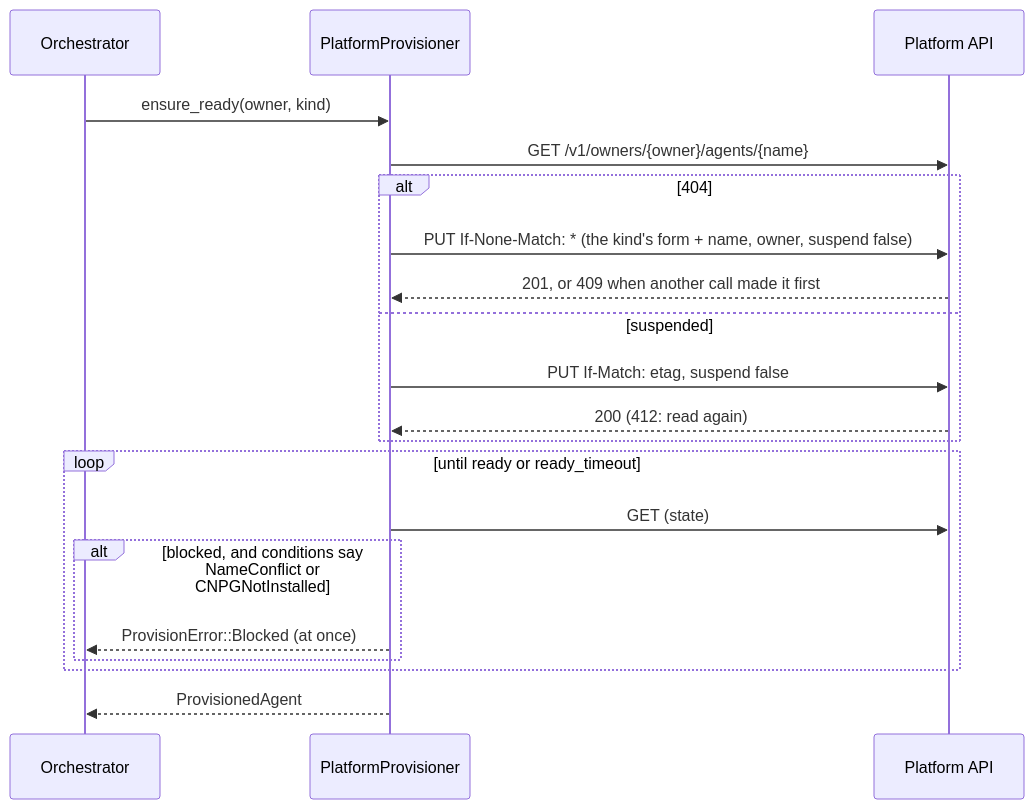
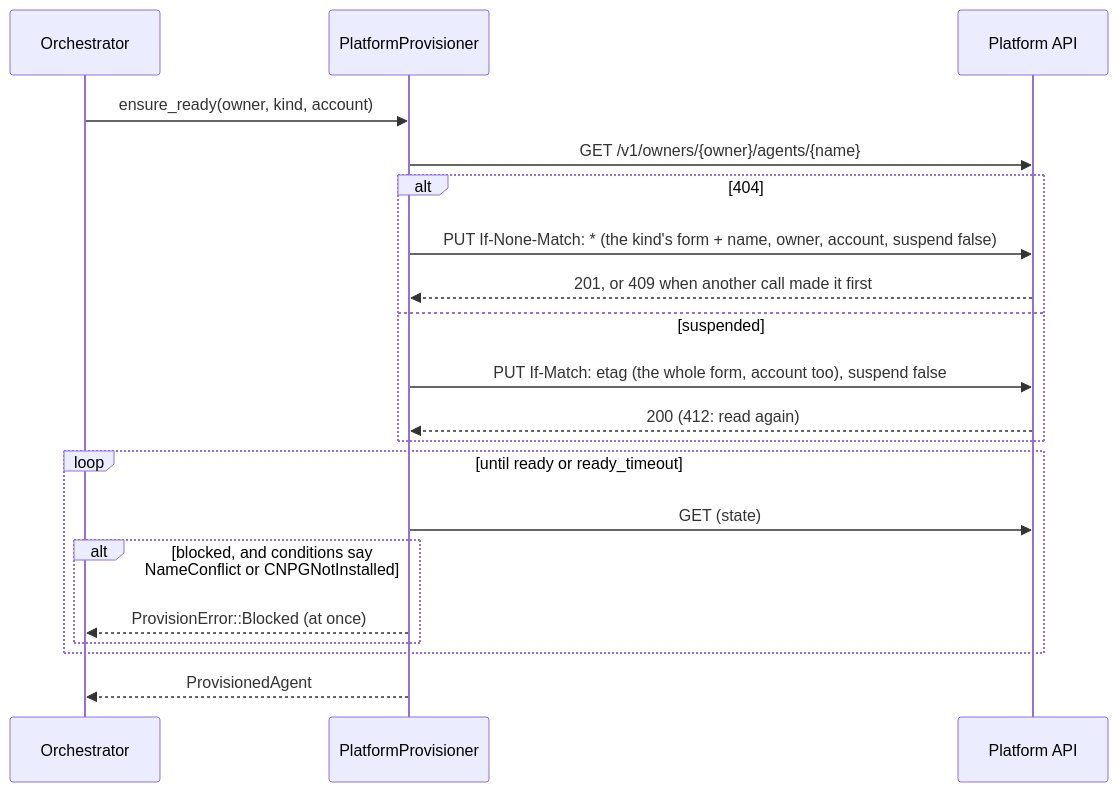
One commit to vymalo/another-agentic-system changed the first of 2 diagrams in orchestrator/crates/provisioner-platform/README.md. Above: the diagram before and after it, drawn with Mermaid. The commit also changed other lines of this file and 27 other files, not shown here.

First line of the commit message:
feat(provisioner)!: send the person's account in the agent form

````diff
--- a/orchestrator/crates/provisioner-platform/README.md
+++ b/orchestrator/crates/provisioner-platform/README.md
@@ -16,22 +16,22 @@
 ```mermaid
 sequenceDiagram
   participant O as Orchestrator
   participant P as PlatformProvisioner
   participant A as Platform API
-  O->>P: ensure_ready(owner, kind)
+  O->>P: ensure_ready(owner, kind, account)
   P->>A: GET /v1/owners/{owner}/agents/{name}
   alt 404
-    P->>A: PUT If-None-Match: * (the kind's form + name, owner, suspend false)
+    P->>A: PUT If-None-Match: * (the kind's form + name, owner, account, suspend false)
     A-->>P: 201, or 409 when another call made it first
   else suspended
-    P->>A: PUT If-Match: etag, suspend false
+    P->>A: PUT If-Match: etag (the whole form, account too), suspend false
     A-->>P: 200 (412: read again)
   end
   loop until ready or ready_timeout
     P->>A: GET (state)
     alt blocked, and conditions say NameConflict or CNPGNotInstalled
       P-->>O: ProvisionError::Blocked (at once)
     end
   end
   P-->>O: ProvisionedAgent
 ```
````
